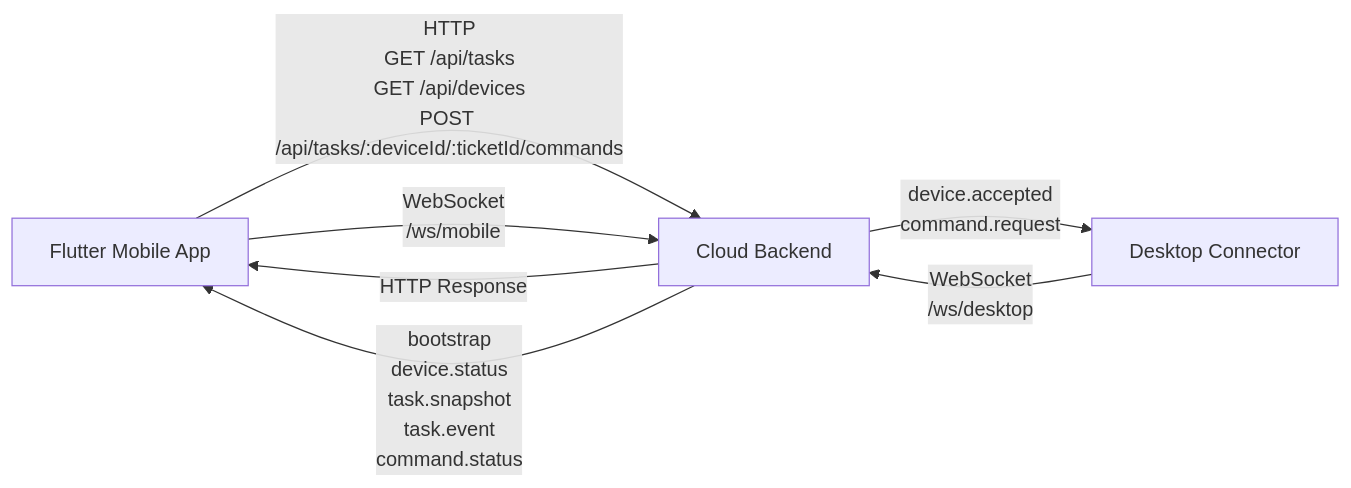
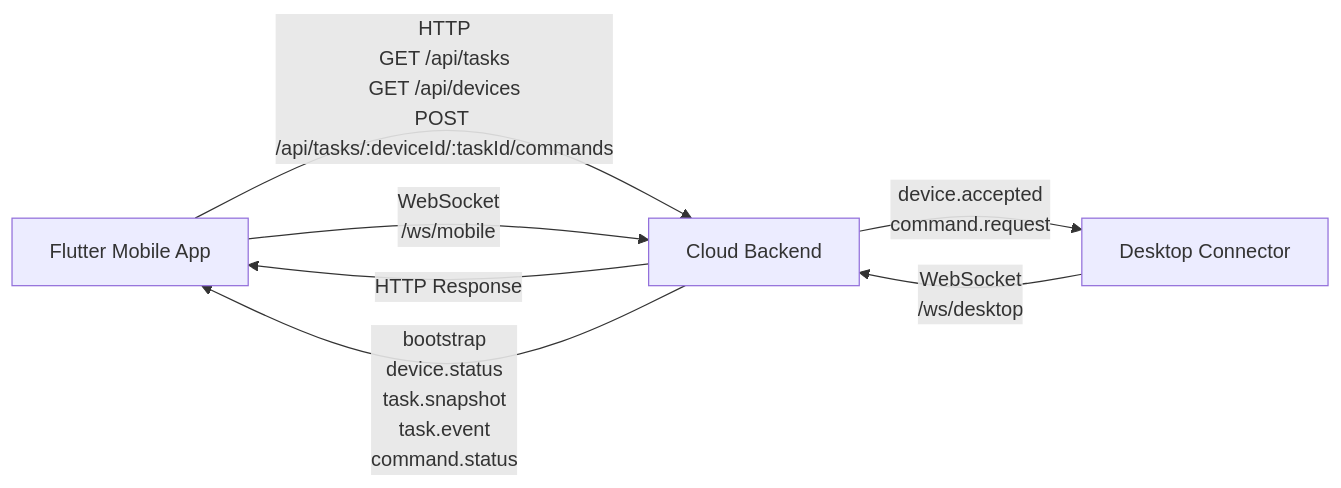
One commit to hileix/dev-workflow changed the first of 4 diagrams in docs/current-mobile-backend-desktop-communication.zh.md. Above: the diagram before and after it, drawn with Mermaid. The commit also changed other lines of this file and 43 other files, not shown here.

````diff
--- a/docs/current-mobile-backend-desktop-communication.zh.md
+++ b/docs/current-mobile-backend-desktop-communication.zh.md
@@ -18,15 +18,15 @@
 ```mermaid
 flowchart LR
     M[Flutter Mobile App]
     B[Cloud Backend]
     D[Desktop Connector]
 
-    M -- "HTTP\nGET /api/tasks\nGET /api/devices\nPOST /api/tasks/:deviceId/:ticketId/commands" --> B
+    M -- "HTTP\nGET /api/tasks\nGET /api/devices\nPOST /api/tasks/:deviceId/:taskId/commands" --> B
     B -- "HTTP Response" --> M
 
     M -- "WebSocket\n/ws/mobile" --> B
     B -- "bootstrap\ndevice.status\ntask.snapshot\ntask.event\ncommand.status" --> M
 
     D -- "WebSocket\n/ws/desktop" --> B
     B -- "device.accepted\ncommand.request" --> D
 ```
````
